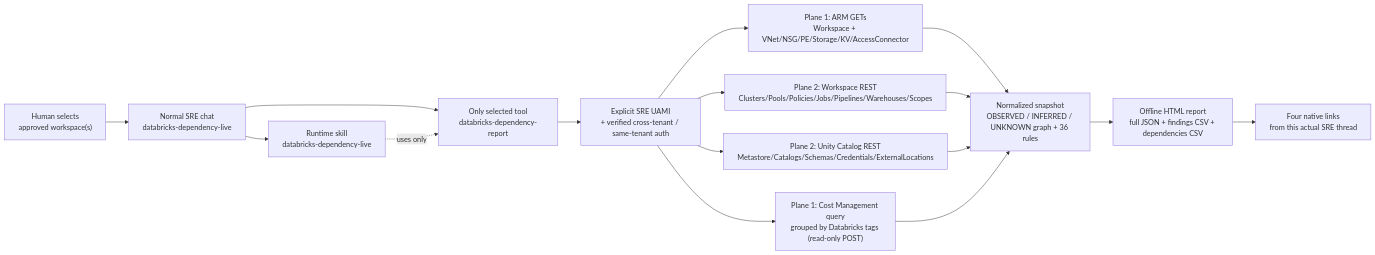
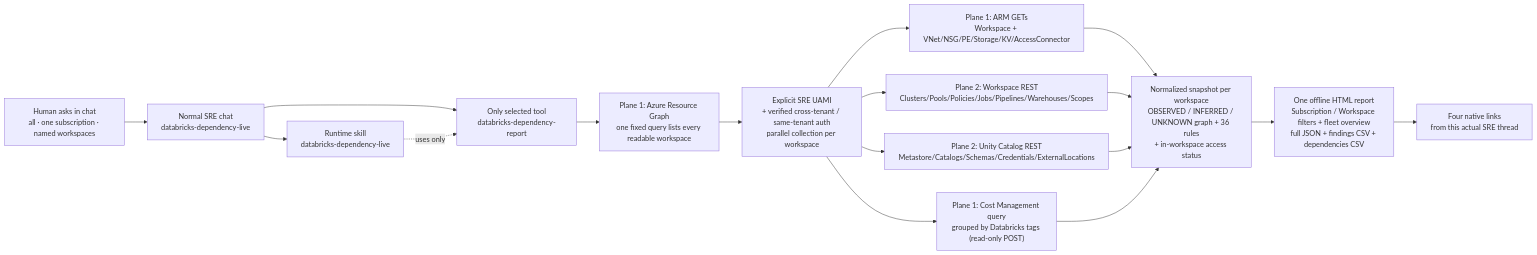
One commit to marioaguileraaa/sre-agent-use-cases changed the diagram in 08-databricks-dependency-configuration-review/README.md. Above: the diagram before and after it, drawn with Mermaid. The commit also changed other lines of this file and 31 other files, not shown here.

First line of the commit message:
Case 08: review every readable Databricks workspace (fleet model)

````diff
--- a/08-databricks-dependency-configuration-review/README.md
+++ b/08-databricks-dependency-configuration-review/README.md
@@ -273,18 +330,19 @@
 ```mermaid
 flowchart LR
-    H["Human selects<br/>approved workspace(s)"] --> C["Normal SRE chat<br/>databricks-dependency-live"]
+    H["Human asks in chat<br/>all · one subscription · named workspaces"] --> C["Normal SRE chat<br/>databricks-dependency-live"]
     C --> S["Runtime skill<br/>databricks-dependency-live"]
     C --> T["Only selected tool<br/>databricks-dependency-report"]
     S -.->|"uses only"| T
-    T --> I["Explicit SRE UAMI<br/>+ verified cross-tenant / same-tenant auth"]
+    T --> G["Plane 1: Azure Resource Graph<br/>one fixed query lists every readable workspace"]
+    G --> I["Explicit SRE UAMI<br/>+ verified cross-tenant / same-tenant auth<br/>parallel collection per workspace"]
     I --> A["Plane 1: ARM GETs<br/>Workspace + VNet/NSG/PE/Storage/KV/AccessConnector"]
     I --> D["Plane 2: Workspace REST<br/>Clusters/Pools/Policies/Jobs/Pipelines/Warehouses/Scopes"]
     I --> U["Plane 2: Unity Catalog REST<br/>Metastore/Catalogs/Schemas/Credentials/ExternalLocations"]
     I --> K["Plane 1: Cost Management query<br/>grouped by Databricks tags (read-only POST)"]
-    A --> M["Normalized snapshot<br/>OBSERVED / INFERRED / UNKNOWN graph + 36 rules"]
+    A --> M["Normalized snapshot per workspace<br/>OBSERVED / INFERRED / UNKNOWN graph + 36 rules<br/>+ in-workspace access status"]
     D --> M
     U --> M
     K --> M
-    M --> R["Offline HTML report<br/>full JSON + findings CSV + dependencies CSV"]
+    M --> R["One offline HTML report<br/>Subscription / Workspace filters + fleet overview<br/>full JSON + findings CSV + dependencies CSV"]
     R --> F["Four native links<br/>from this actual SRE thread"]
 ```
````
